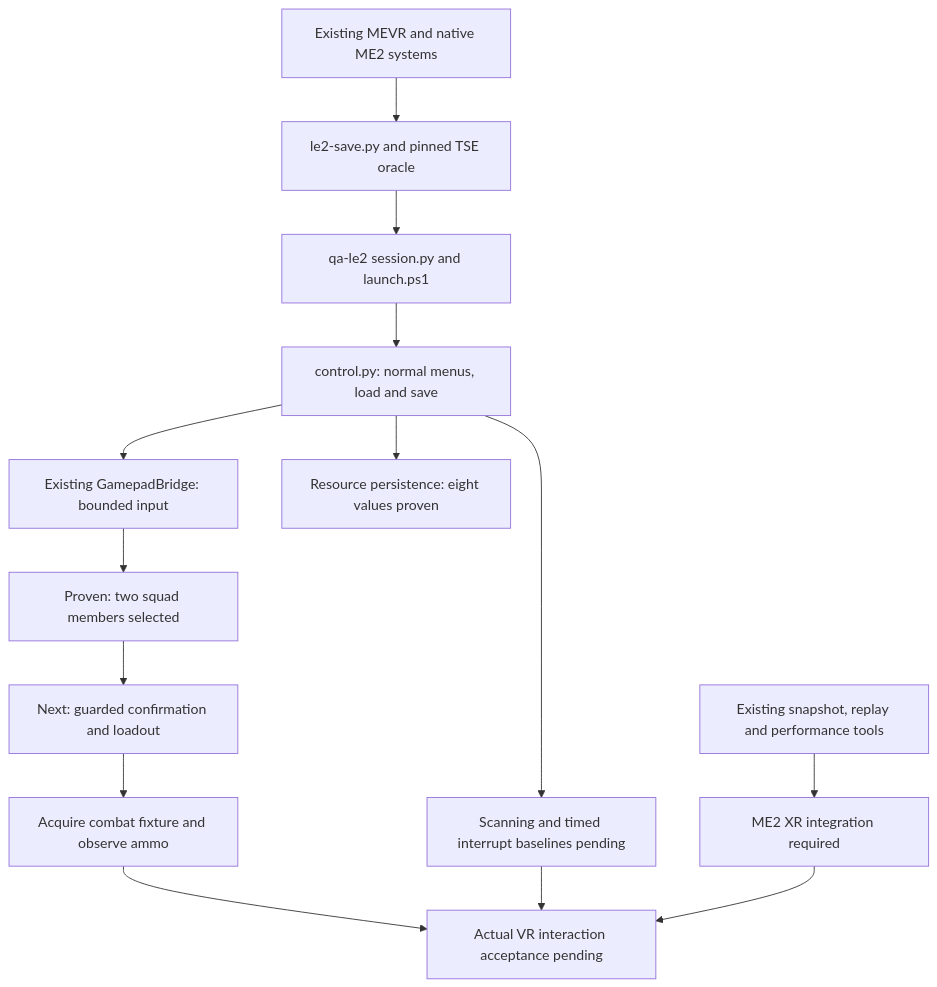
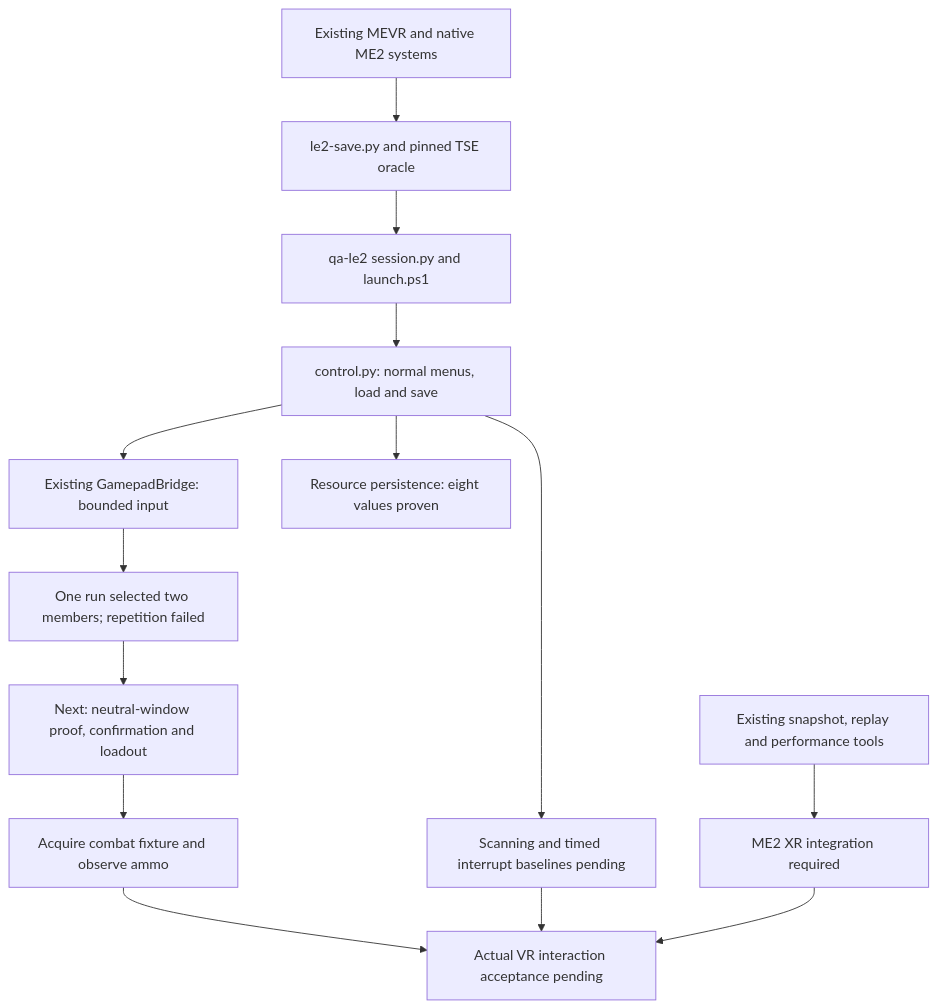
Before and after one commit to dnehring/MEVR: the diagram in research/le2-runtime-observer.md, drawn with Mermaid. The commit also changed other lines of this file and 5 other files, not shown here.

````diff
--- a/research/le2-runtime-observer.md
+++ b/research/le2-runtime-observer.md
@@ -17,16 +20,16 @@
 ```mermaid
 flowchart TD
     A[Existing MEVR and native ME2 systems] --> B[le2-save.py and pinned TSE oracle]
     B --> C[qa-le2 session.py and launch.ps1]
     C --> D[control.py: normal menus, load and save]
     D --> E[Existing GamepadBridge: bounded input]
-    E --> F[Proven: two squad members selected]
-    F --> G[Next: guarded confirmation and loadout]
+    E --> F[One run selected two members; repetition failed]
+    F --> G[Next: neutral-window proof, confirmation and loadout]
     G --> H[Acquire combat fixture and observe ammo]
     D --> I[Resource persistence: eight values proven]
     D --> J[Scanning and timed interrupt baselines pending]
     H --> K[Actual VR interaction acceptance pending]
     J --> K
     L[Existing snapshot, replay and performance tools] --> M[ME2 XR integration required]
     M --> K
 ```
````
